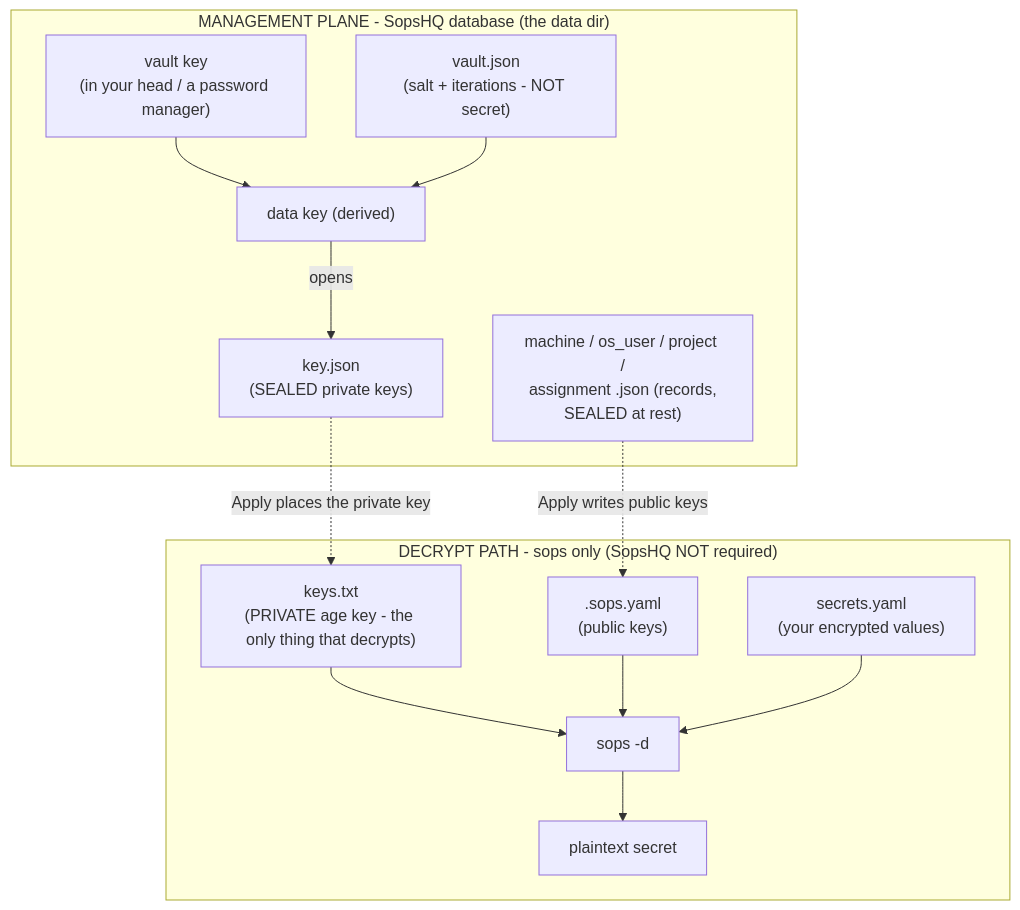
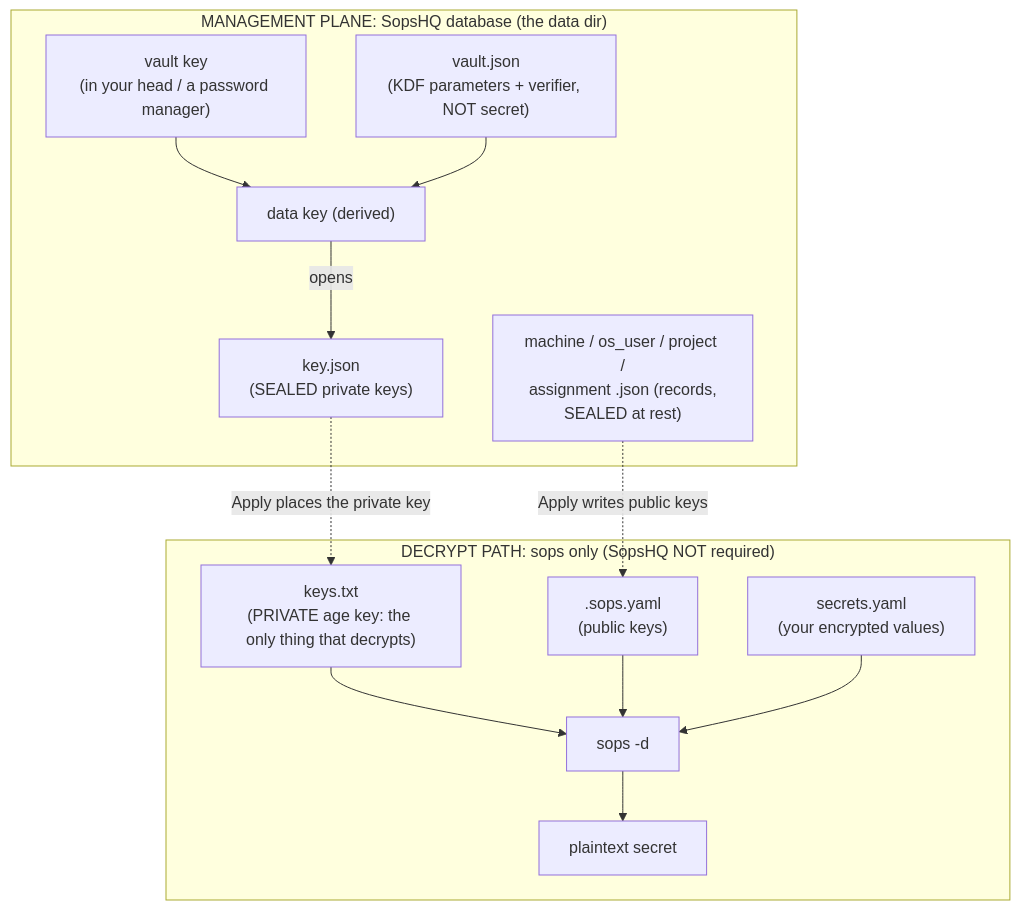
Before and after one commit to DavidTimar1/SopsHQ: the first of 5 diagrams in docs/architecture/storage-backup-recovery.md, drawn with Mermaid. The commit also changed other lines of this file and 35 other files, not shown here.

Commit message:
SopsHQ 0.87.4: docs fact-checked and restructured; bulk-add is admin-only on the server

````diff
--- a/docs/architecture/storage-backup-recovery.md
+++ b/docs/architecture/storage-backup-recovery.md
@@ -19,28 +31,28 @@
 ```mermaid
 flowchart TB
-  subgraph DEC["DECRYPT PATH - sops only (SopsHQ NOT required)"]
-    KT["keys.txt\n(PRIVATE age key - the only thing that decrypts)"]
+  subgraph DEC["DECRYPT PATH: sops only (SopsHQ NOT required)"]
+    KT["keys.txt\n(PRIVATE age key: the only thing that decrypts)"]
     SY[".sops.yaml\n(public keys)"]
     SE["secrets.yaml\n(your encrypted values)"]
     SOPS["sops -d"]
     OUT["plaintext secret"]
     KT --> SOPS
     SY --> SOPS
     SE --> SOPS
     SOPS --> OUT
   end
 
-  subgraph MGMT["MANAGEMENT PLANE - SopsHQ database (the data dir)"]
+  subgraph MGMT["MANAGEMENT PLANE: SopsHQ database (the data dir)"]
     PASS["vault key\n(in your head / a password manager)"]
-    VJ["vault.json\n(salt + iterations - NOT secret)"]
+    VJ["vault.json\n(KDF parameters + verifier, NOT secret)"]
     DEK["data key (derived)"]
     KJ["key.json\n(SEALED private keys)"]
     REC["machine / os_user / project /\nassignment .json (records,\nSEALED at rest)"]
     PASS --> DEK
     VJ --> DEK
     DEK -->|opens| KJ
   end
 
   KJ -. "Apply places the private key" .-> KT
   REC -. "Apply writes public keys" .-> SY
 ```
````
